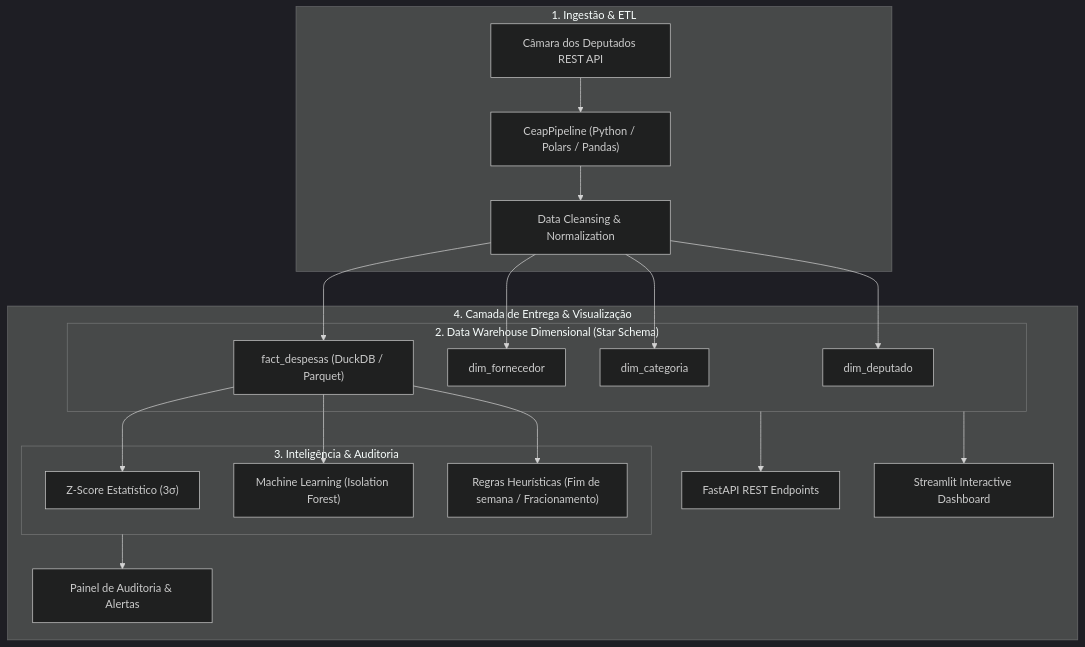
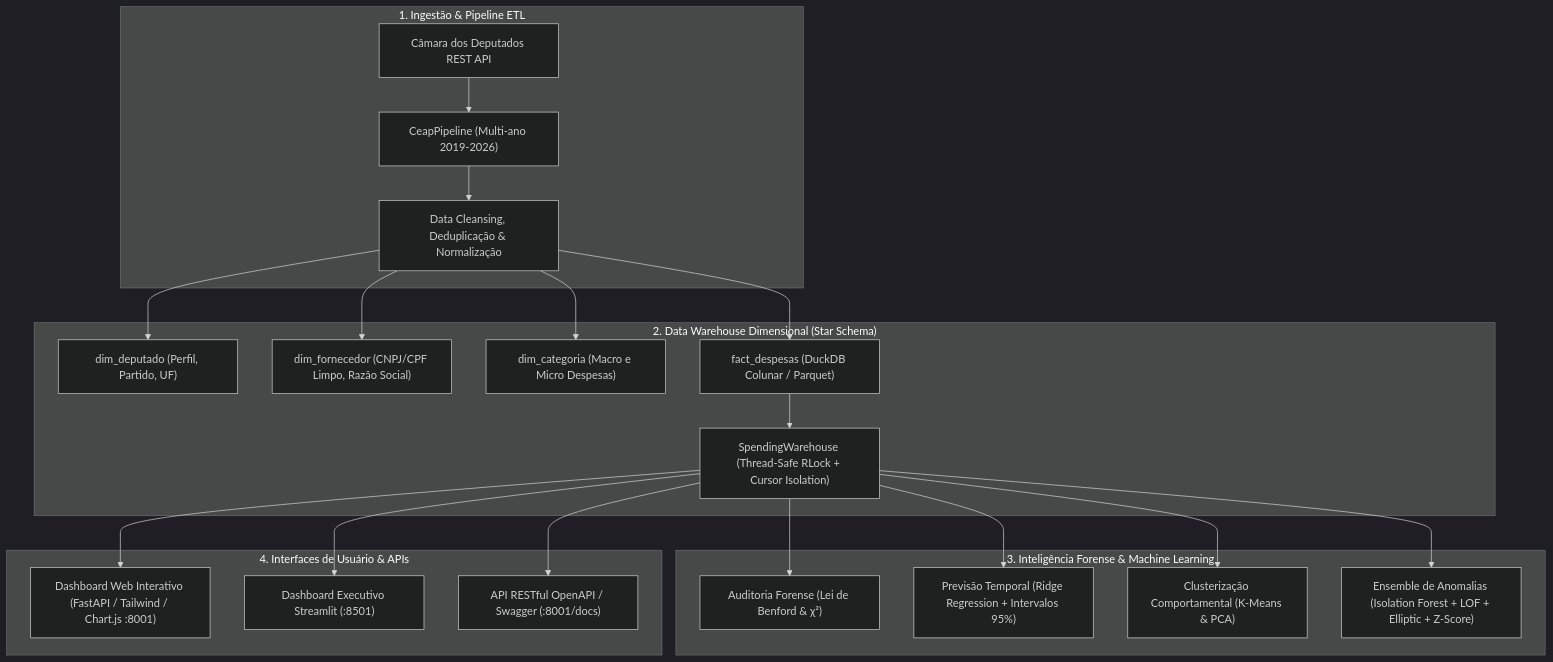
One commit to TassioSales/gastos-publicos-analytics changed the diagram in README.md. Above: the diagram before and after it, drawn with Mermaid (dark theme). The commit also changed other lines of this file and 1 other file, not shown here.

Commit message:
docs: revamp README with complete 2019-2026 multi-year DW and ML forensic suite

````diff
--- a/README.md
+++ b/README.md
@@ -24,26 +27,28 @@
 ```mermaid
 flowchart TD
-    subgraph Ingestao ["1. Ingestão & ETL"]
-        API["Câmara dos Deputados REST API"] --> Pipeline["CeapPipeline (Python / Polars / Pandas)"]
-        Pipeline --> Clean["Data Cleansing & Normalization"]
+    subgraph Ingestao ["1. Ingestão & Pipeline ETL"]
+        API["Câmara dos Deputados REST API"] --> Pipeline["CeapPipeline (Multi-ano 2019-2026)"]
+        Pipeline --> Clean["Data Cleansing, Deduplicação & Normalização"]
     end
 
     subgraph DW ["2. Data Warehouse Dimensional (Star Schema)"]
-        Clean --> DimDep["dim_deputado"]
-        Clean --> DimForn["dim_fornecedor"]
-        Clean --> DimCat["dim_categoria"]
-        Clean --> Fact["fact_despesas (DuckDB / Parquet)"]
+        Clean --> DimDep["dim_deputado (Perfil, Partido, UF)"]
+        Clean --> DimForn["dim_fornecedor (CNPJ/CPF Limpo, Razão Social)"]
+        Clean --> DimCat["dim_categoria (Macro e Micro Despesas)"]
+        Clean --> Fact["fact_despesas (DuckDB Colunar / Parquet)"]
+        Fact --> Engine["SpendingWarehouse (Thread-Safe RLock + Cursor Isolation)"]
     end
 
-    subgraph ML ["3. Inteligência & Auditoria"]
-        Fact --> ZScore["Z-Score Estatístico (3σ)"]
-        Fact --> IsoForest["Machine Learning (Isolation Forest)"]
-        Fact --> Rules["Regras Heurísticas (Fim de semana / Fracionamento)"]
+    subgraph ML ["3. Inteligência Forense & Machine Learning"]
+        Engine --> Benford["Auditoria Forense (Lei de Benford & χ²)"]
+        Engine --> Forecast["Previsão Temporal (Ridge Regression + Intervalos 95%)"]
+        Engine --> KMeans["Clusterização Comportamental (K-Means & PCA)"]
+        Engine --> Ensemble["Ensemble de Anomalias (Isolation Forest + LOF + Elliptic + Z-Score)"]
     end
 
-    subgraph Delivery ["4. Camada de Entrega & Visualização"]
-        DW --> FastAPI["FastAPI REST Endpoints"]
-        DW --> Streamlit["Streamlit Interactive Dashboard"]
-        ML --> Alerts["Painel de Auditoria & Alertas"]
+    subgraph Frontend ["4. Interfaces de Usuário & APIs"]
+        Engine --> WebApp["Dashboard Web Interativo (FastAPI / Tailwind / Chart.js :8001)"]
+        Engine --> StreamlitApp["Dashboard Executivo Streamlit (:8501)"]
+        Engine --> RestAPI["API RESTful OpenAPI / Swagger (:8001/docs)"]
     end
 ```
````
